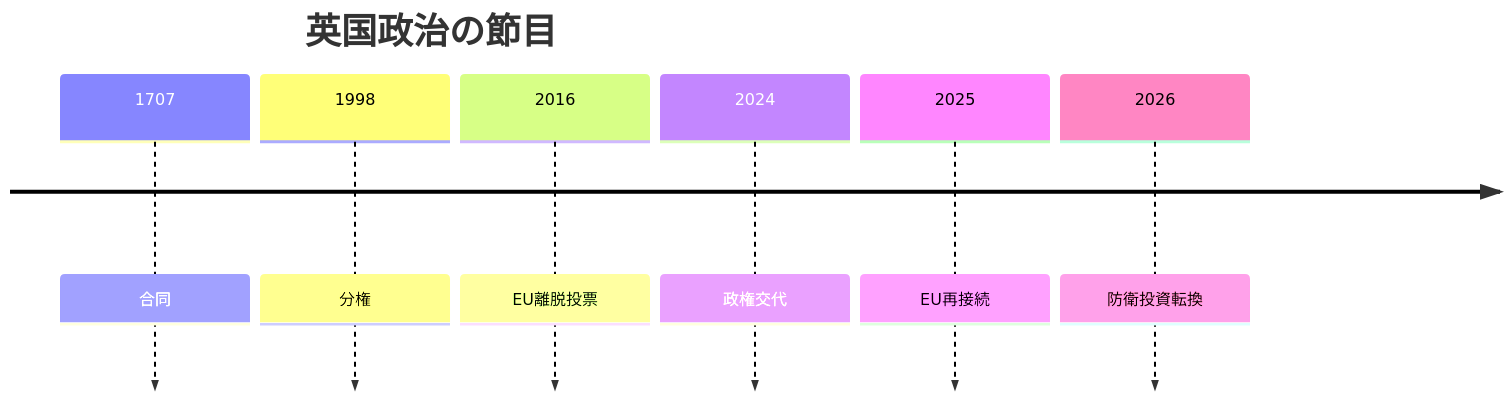
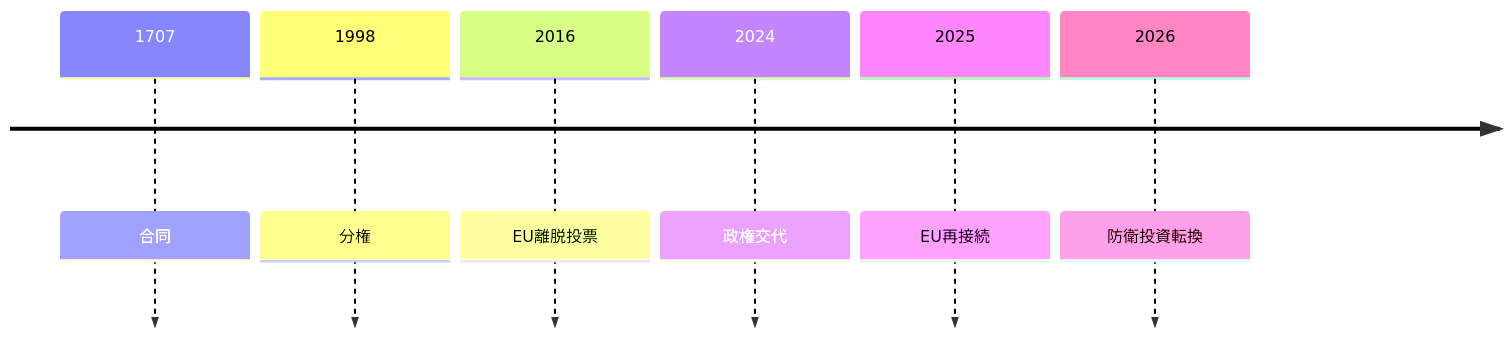
Before and after one commit to daylight55/research: the diagram in articles/report/united-kingdom-geopolitical-profile/ja/index.mdx, drawn with Mermaid. The commit also changed 181 other files, not shown here.

First line of the commit message:
全記事の図解368点を再生成し、共通注意書きを削除 (#402)

````diff
--- a/articles/report/united-kingdom-geopolitical-profile/ja/index.mdx
+++ b/articles/report/united-kingdom-geopolitical-profile/ja/index.mdx
@@ -72,10 +72,13 @@
 ```mermaid
 timeline
-  title 英国政治の節目
+  accTitle: 英国の連合・欧州・防衛の節目
+  accDescr: 連合と分権、EU離脱、政権交代、対欧関係、防衛投資を年代で確認する。
+  accTitle: 英国の連合・欧州・防衛の節目
+  accDescr: 連合と分権、EU離脱、政権交代、対欧関係、防衛投資を年代で確認する。
   1707 : 合同
   1998 : 分権
   2016 : EU離脱投票
   2024 : 政権交代
   2025 : EU再接続
   2026 : 防衛投資転換
 ```
````
